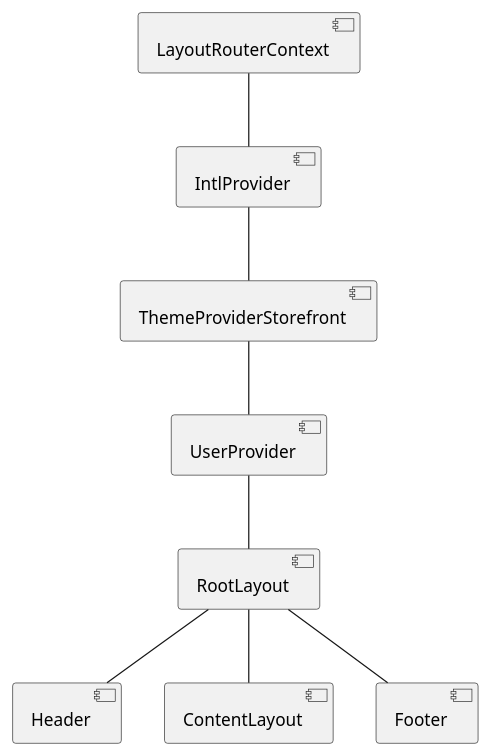
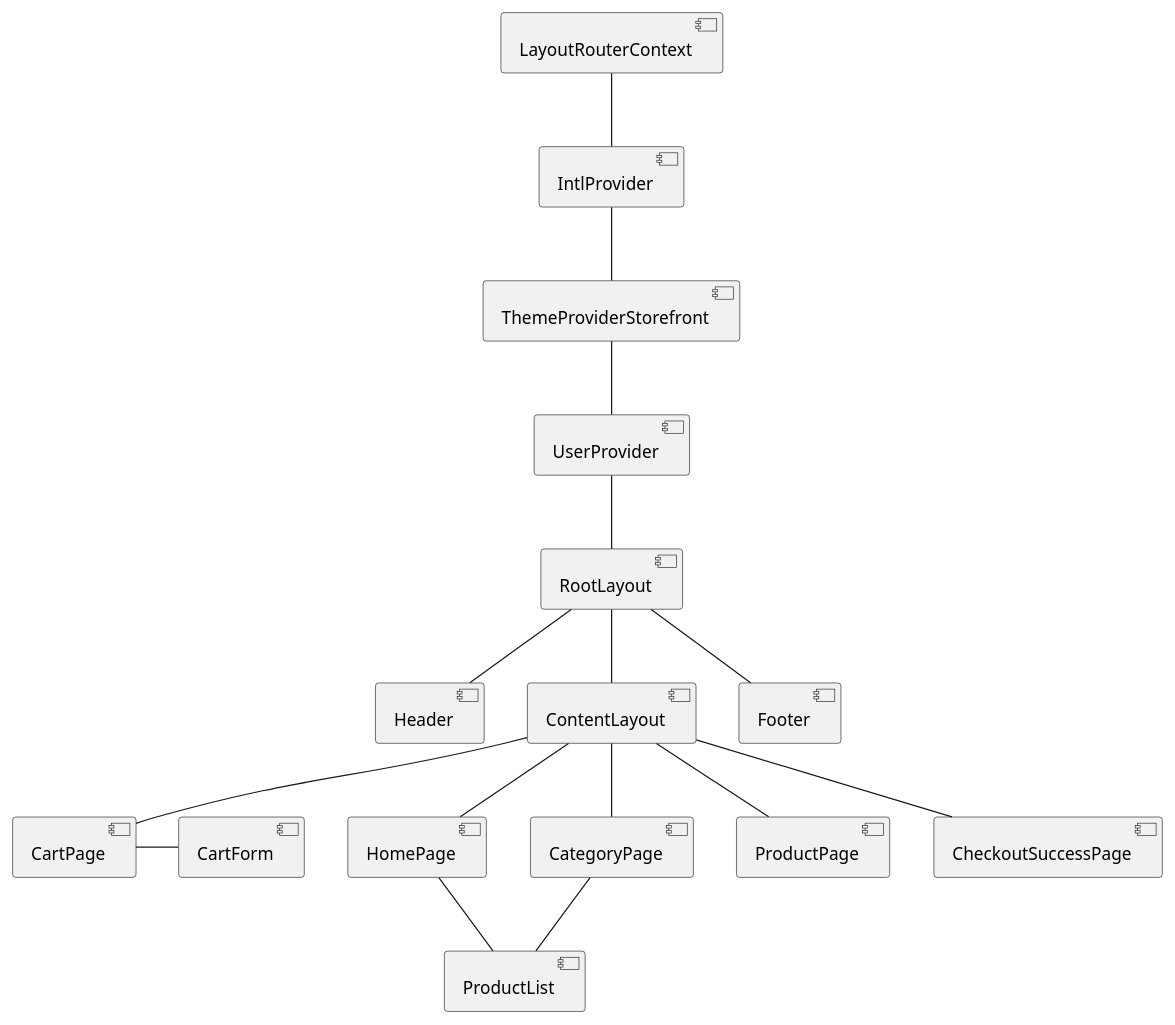
The diagram in client/client-plantUML.wsd (maxProMax/d-shop), drawn with PlantUML before and after one commit. The commit also changed 13 other files, not shown here.

```diff
--- a/client/client-plantUML.wsd
+++ b/client/client-plantUML.wsd
@@ -1,21 +1,42 @@
 @startuml
 
 component LayoutRouterContext
 component IntlProvider
 
 LayoutRouterContext -- IntlProvider
 
 component ThemeProviderStorefront
 component UserProvider
 component RootLayout
 component Header
 component ContentLayout
 component Footer
 
 IntlProvider -- ThemeProviderStorefront
 ThemeProviderStorefront -- UserProvider
 UserProvider -- RootLayout
 RootLayout -- Header
 RootLayout -- ContentLayout
 RootLayout -- Footer
+
+component HomePage
+component CategoryPage
+component ProductPage
+component CartPage
+component CheckoutSuccessPage
+
+component ProductList
+component CartForm
+
+ContentLayout -- HomePage
+ContentLayout -- CategoryPage
+ContentLayout -- ProductPage
+ContentLayout -- CartPage
+ContentLayout -- CheckoutSuccessPage
+
+HomePage -- ProductList
+CategoryPage -- ProductList
+
+CartPage - CartForm
+
 @enduml
```
